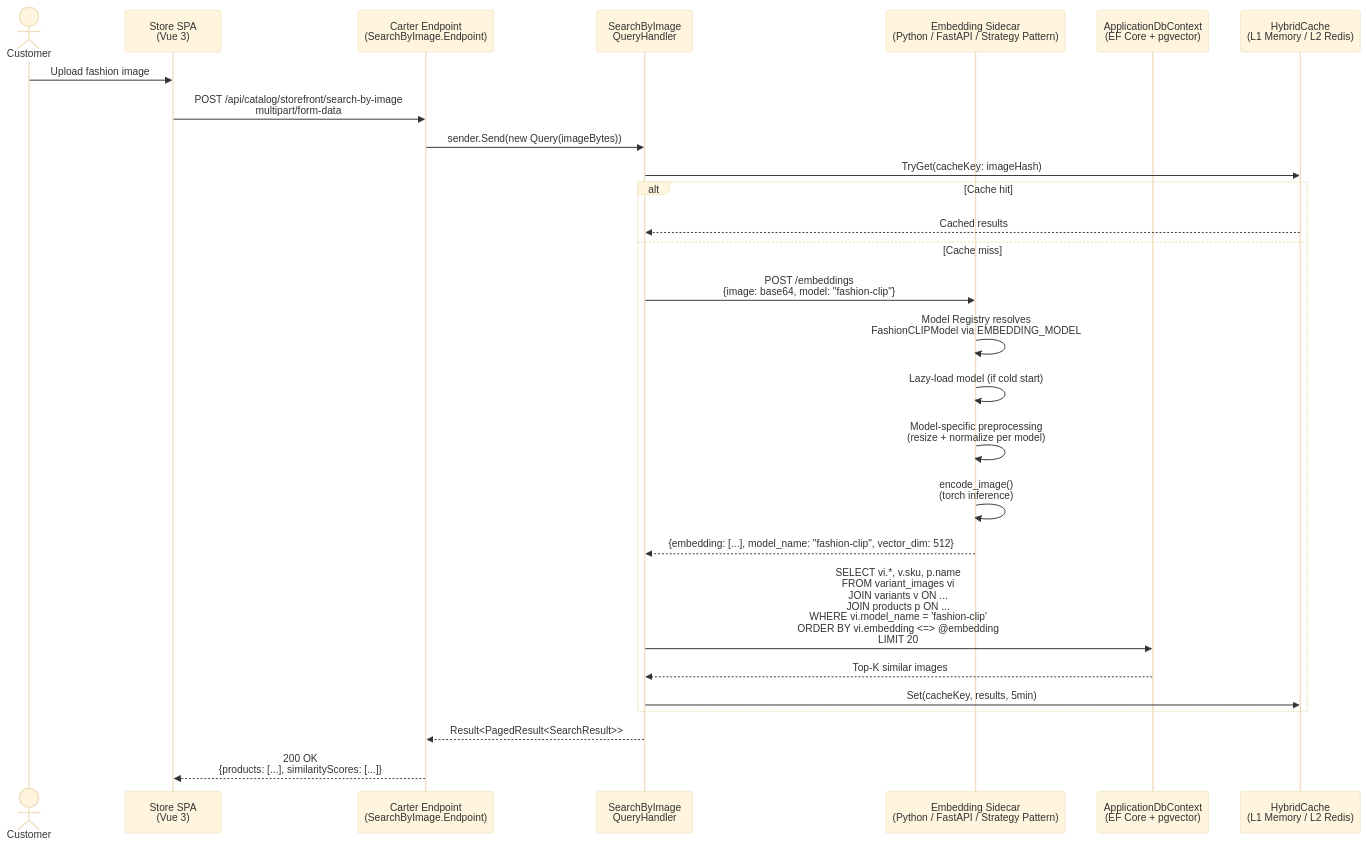
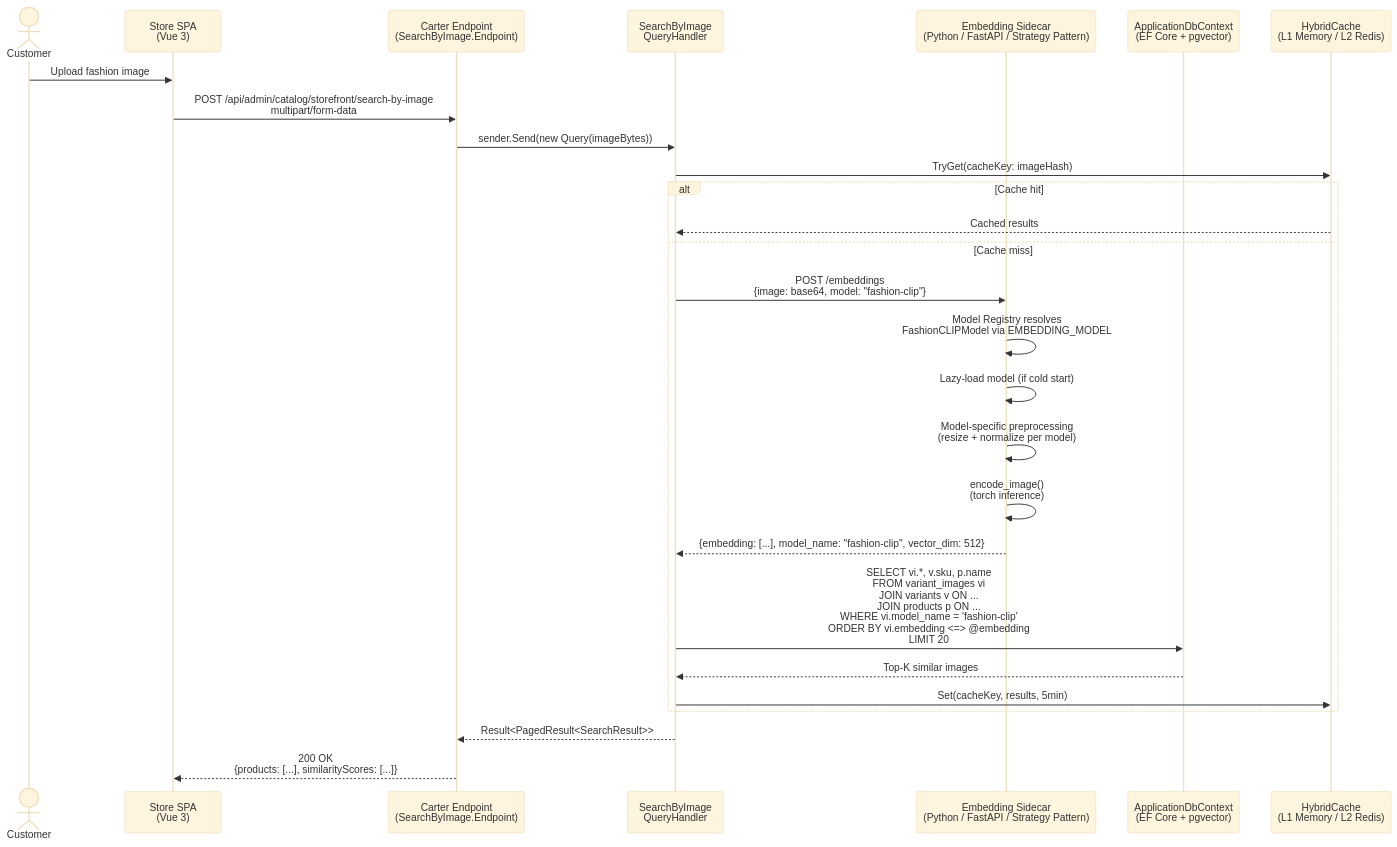
The diagram in docs/thesis/diagrams/sequence-image-search.mmd (qingfa-dev/ReSys.Shop), drawn with Mermaid (base theme) before and after one commit. The commit also changed 432 other files, not shown here.

````diff
--- a/docs/thesis/diagrams/sequence-image-search.mmd
+++ b/docs/thesis/diagrams/sequence-image-search.mmd
@@ -1,38 +1,38 @@
 ```mermaid
 %% Sequence Diagram: Search by Image (CBIR — Model-Agnostic)
 %% Based on Chapter 7 — Detailed Design
 
 sequenceDiagram
     actor Customer
     participant StoreSPA as Store SPA<br/>(Vue 3)
     participant Carter as Carter Endpoint<br/>(SearchByImage.Endpoint)
     participant Handler as SearchByImage<br/>QueryHandler
     participant Embedding as Embedding Sidecar<br/>(Python / FastAPI / Strategy Pattern)
     participant Db as ApplicationDbContext<br/>(EF Core + pgvector)
     participant Cache as HybridCache<br/>(L1 Memory / L2 Redis)
 
     Customer->>StoreSPA: Upload fashion image
-    StoreSPA->>Carter: POST /api/catalog/storefront/search-by-image<br/>multipart/form-data
+    StoreSPA->>Carter: POST /api/admin/catalog/storefront/search-by-image<br/>multipart/form-data
     Carter->>Handler: sender.Send(new Query(imageBytes))
 
     Handler->>Cache: TryGet(cacheKey: imageHash)
     alt Cache hit
         Cache-->>Handler: Cached results
     else Cache miss
         Handler->>Embedding: POST /embeddings<br/>{image: base64, model: "fashion-clip"}
 
         Embedding->>Embedding: Model Registry resolves<br/>FashionCLIPModel via EMBEDDING_MODEL
         Embedding->>Embedding: Lazy-load model (if cold start)
         Embedding->>Embedding: Model-specific preprocessing<br/>(resize + normalize per model)
         Embedding->>Embedding: encode_image()<br/>(torch inference)
         Embedding-->>Handler: {embedding: [...], model_name: "fashion-clip", vector_dim: 512}
 
         Handler->>Db: SELECT vi.*, v.sku, p.name<br/>FROM variant_images vi<br/>JOIN variants v ON ...<br/>JOIN products p ON ...<br/>WHERE vi.model_name = 'fashion-clip'<br/>ORDER BY vi.embedding <=> @embedding<br/>LIMIT 20
         Db-->>Handler: Top-K similar images
 
         Handler->>Cache: Set(cacheKey, results, 5min)
     end
 
     Handler-->>Carter: Result<PagedResult<SearchResult>>
     Carter-->>StoreSPA: 200 OK<br/>{products: [...], similarityScores: [...]}
 ```
````
